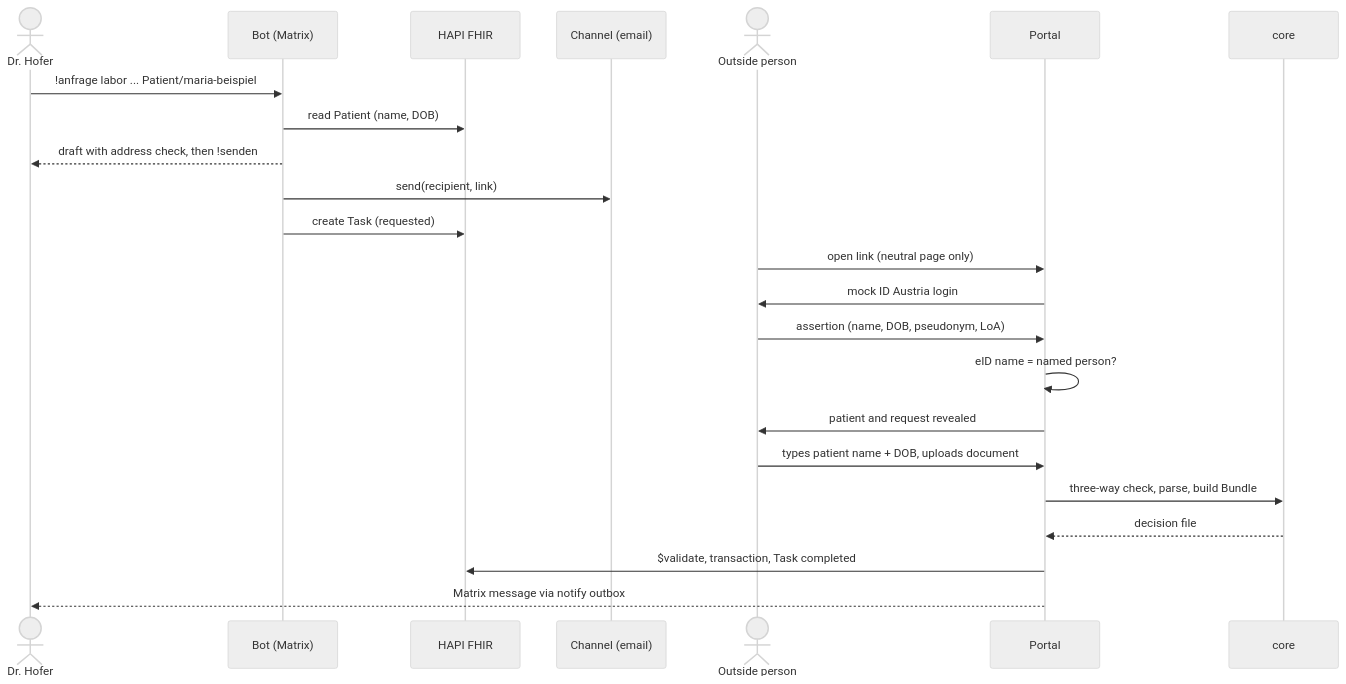
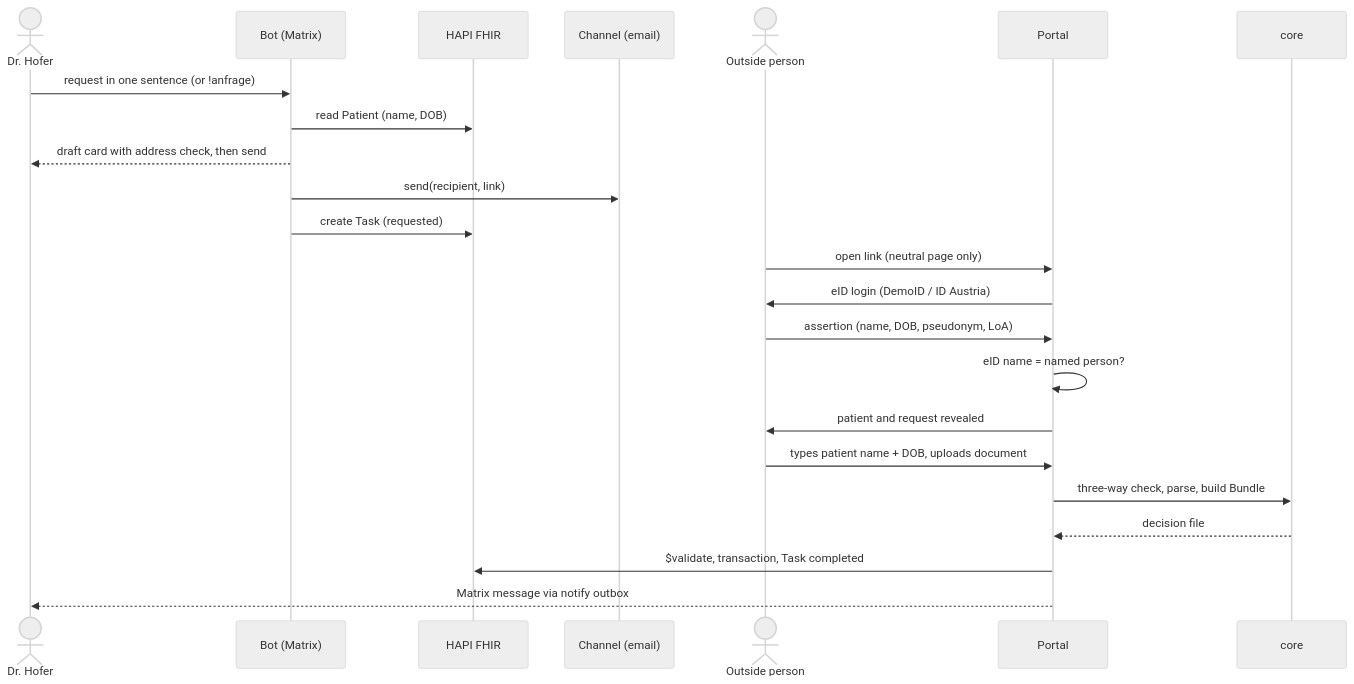
One commit to BlackDragdroit/Clinical_AI_Hackathon changed the first of 4 diagrams in README.md. Above: the diagram before and after it, drawn with Mermaid (neutral theme). The commit also changed other lines of this file and 17 other files, not shown here.

````diff
--- a/README.md
+++ b/README.md
@@ -84,25 +197,25 @@
 ```mermaid
 sequenceDiagram
   actor D as Dr. Hofer
   participant B as Bot (Matrix)
   participant H as HAPI FHIR
   participant C as Channel (email)
   actor E as Outside person
   participant P as Portal
   participant K as core
-  D->>B: !anfrage labor ... Patient/maria-beispiel
+  D->>B: request in one sentence (or !anfrage)
   B->>H: read Patient (name, DOB)
-  B-->>D: draft with address check, then !senden
+  B-->>D: draft card with address check, then send
   B->>C: send(recipient, link)
   B->>H: create Task (requested)
   E->>P: open link (neutral page only)
-  P->>E: mock ID Austria login
+  P->>E: eID login (DemoID / ID Austria)
   E->>P: assertion (name, DOB, pseudonym, LoA)
   P->>P: eID name = named person?
   P->>E: patient and request revealed
   E->>P: types patient name + DOB, uploads document
   P->>K: three-way check, parse, build Bundle
   K-->>P: decision file
   P->>H: $validate, transaction, Task completed
   P-->>D: Matrix message via notify outbox
 ```
````
